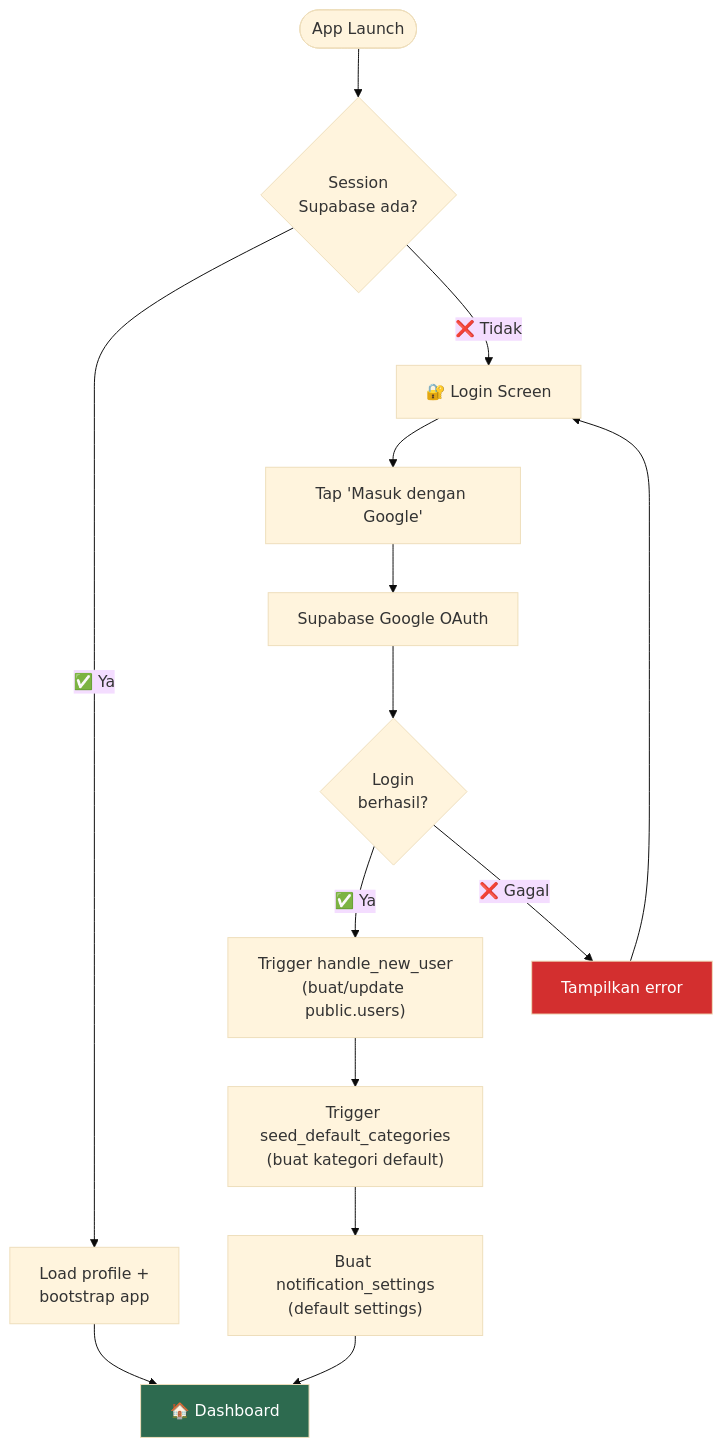
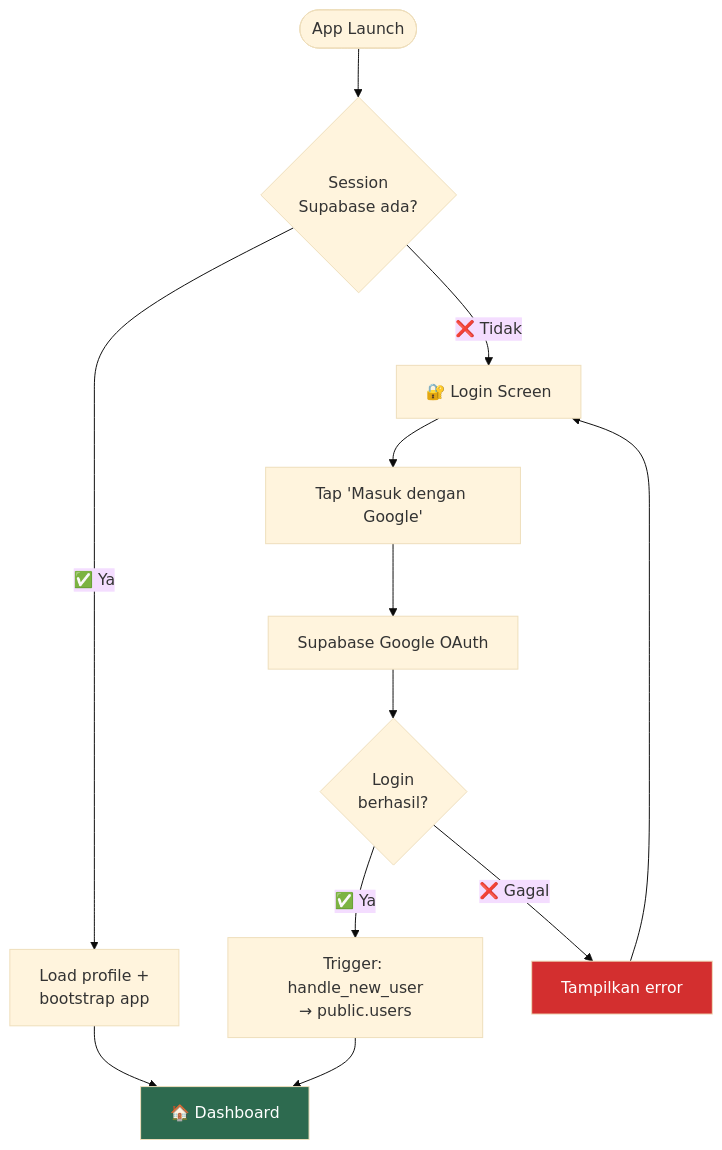
The second of 10 diagrams in My-Wiki/raw/docs/prd/05_USER_FLOWS.md (achyusuf10/Saku-Rapi-Mobile), drawn with Mermaid (base theme) before and after one commit. The commit also changed other lines of this file and 37 other files, not shown here.

````diff
--- a/My-Wiki/raw/docs/prd/05_USER_FLOWS.md
+++ b/My-Wiki/raw/docs/prd/05_USER_FLOWS.md
@@ -42,23 +44,21 @@
 ```mermaid
 flowchart TD
     A([App Launch]) --> B{Session\nSupabase ada?}
 
     B -->|✅ Ya| C[Load profile +\nbootstrap app]
     C --> D[🏠 Dashboard]
 
     B -->|❌ Tidak| E[🔐 Login Screen]
     E --> F["Tap 'Masuk dengan Google'"]
     F --> G[Supabase Google OAuth]
     G --> H{Login\nberhasil?}
 
-    H -->|✅ Ya| I["Trigger handle_new_user\n(buat/update public.users)"]
-    I --> J["Trigger seed_default_categories\n(buat kategori default)"]
-    J --> K["Buat notification_settings\n(default settings)"]
-    K --> D
+    H -->|✅ Ya| I["Trigger: handle_new_user\n→ public.users"]
+    I --> D
 
     H -->|❌ Gagal| L[Tampilkan error]
     L --> E
 
     style D fill:#2d6a4f,color:#fff
     style L fill:#d32f2f,color:#fff
 ```
````
